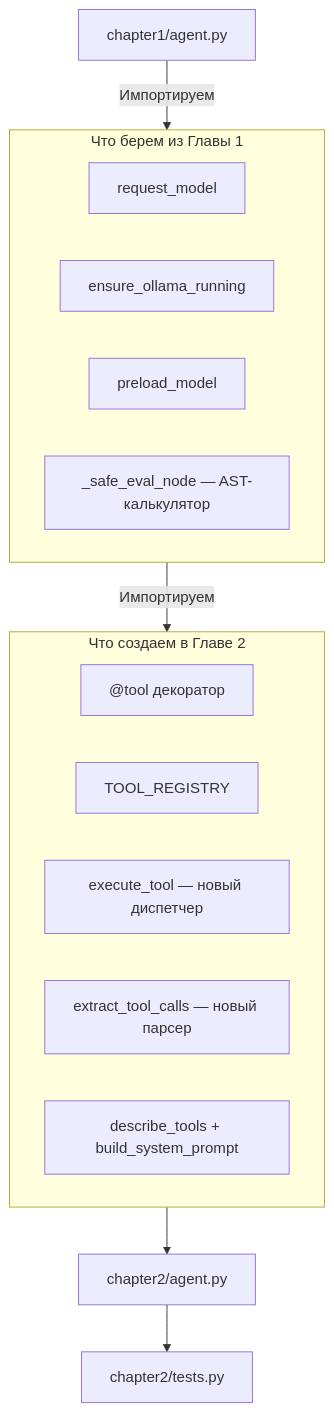
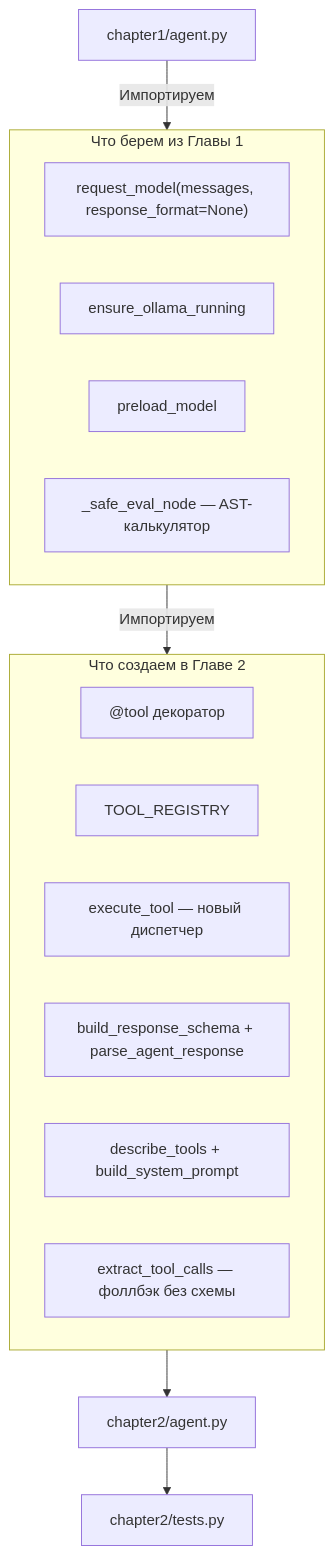
One commit to io982/firstAgent changed the second of 2 diagrams in chapter2/README.md. Above: the diagram before and after it, drawn with Mermaid. The commit also changed other lines of this file and 10 other files, not shown here.

````diff
--- a/chapter2/README.md
+++ b/chapter2/README.md
@@ -136,24 +210,25 @@
 ```mermaid
 graph TD
     A["chapter1/agent.py"] -->|Импортируем| GL1
     
     subgraph GL1["Что берем из Главы 1"]
-        A1["request_model"]
+        A1["request_model(messages, response_format=None)"]
         A2["ensure_ollama_running"]
         A3["preload_model"]
         A4["_safe_eval_node — AST-калькулятор"]
     end
     
     GL1 -->|Импортируем| GL2
     
     subgraph GL2["Что создаем в Главе 2"]
         B1["@tool декоратор"]
         B2["TOOL_REGISTRY"]
         B3["execute_tool — новый диспетчер"]
-        B4["extract_tool_calls — новый парсер"]
+        B4["build_response_schema + parse_agent_response"]
         B5["describe_tools + build_system_prompt"]
+        B6["extract_tool_calls — фоллбэк без схемы"]
     end
     
     GL2 --> B["chapter2/agent.py"]
     B --> C["chapter2/tests.py"]
 ```
````
